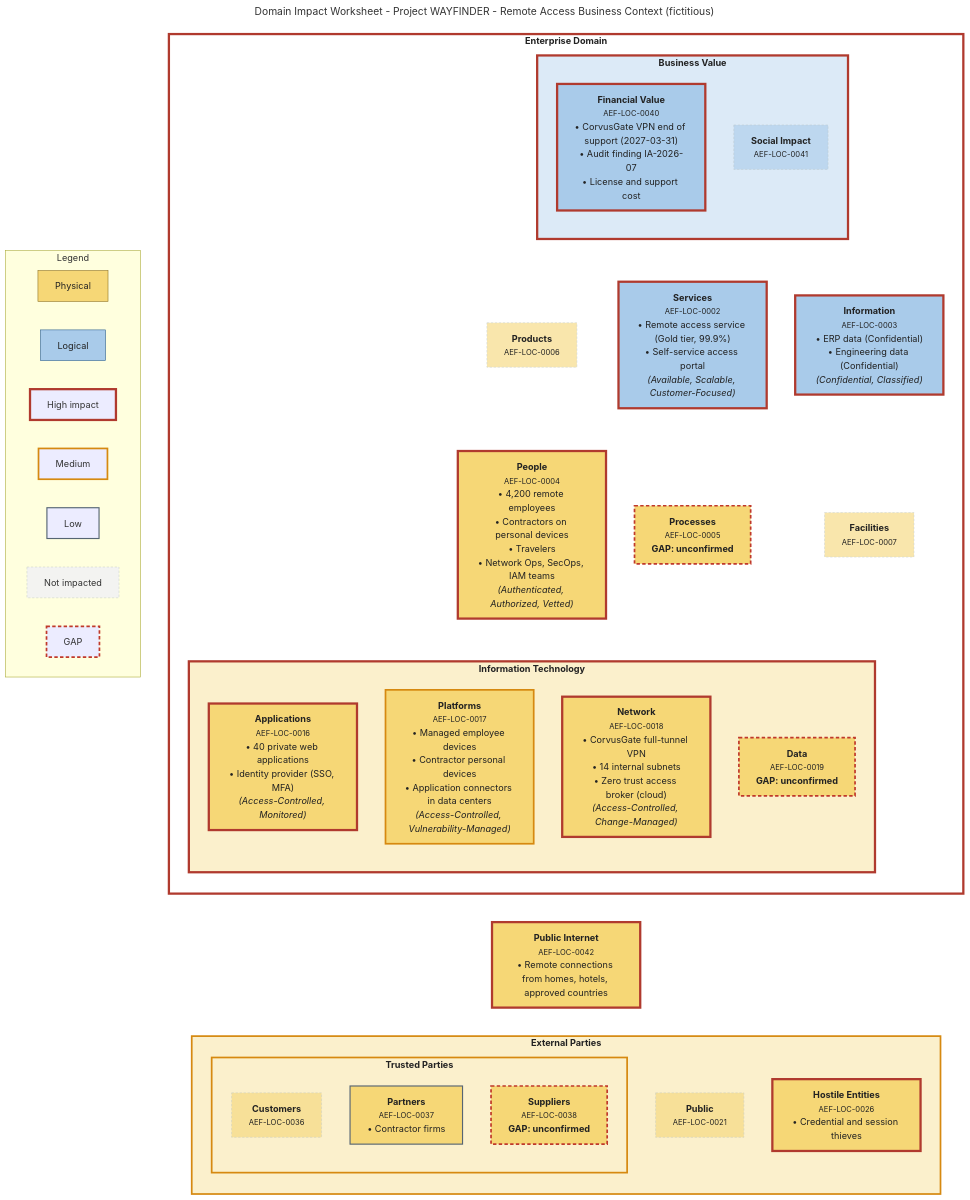
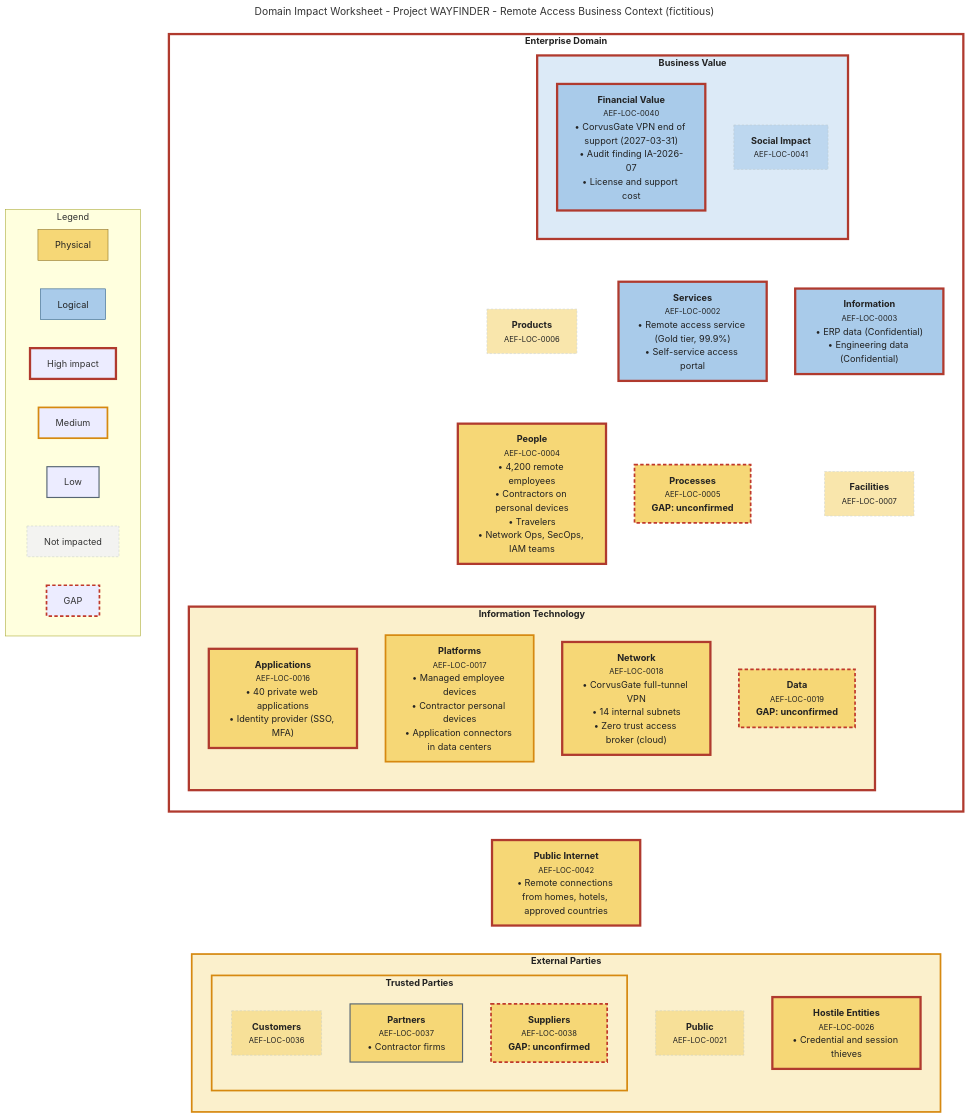
One commit to robertrostsource/archascode changed the diagram in bca/engagements/novacorp/wayfinder/domain_impact.mmd. Above: the diagram before and after it, drawn with Mermaid. The commit also changed 12 other files, not shown here.

```diff
--- a/bca/engagements/novacorp/wayfinder/domain_impact.mmd
+++ b/bca/engagements/novacorp/wayfinder/domain_impact.mmd
@@ -1,90 +1,90 @@
 ---
 title: Domain Impact Worksheet - Project WAYFINDER - Remote Access Business Context (fictitious)
 ---
 %% Generated by scripts/render_domain_impact.py. Do not edit.
 %% Domain model (c) Archistry / Andrew S. Townley, used with attribution. Based on SABSA(R).
 flowchart TB
   classDef physical fill:#F6D776,stroke:#8A6D1F,color:#222
   classDef logical fill:#A9CBEA,stroke:#2F5F8A,color:#222
   classDef boundary fill:#FFFFFF,stroke:#555,color:#222
   subgraph D0001["<b>Enterprise Domain</b>"]
     direction TB
     subgraph D0039["<b>Business Value</b>"]
       direction TB
       D0040["<b>Financial Value</b><br/><small>AEF-LOC-0040</small><br/>• CorvusGate VPN end of support (2027-03-31)<br/>• Audit finding IA-2026-07<br/>• License and support cost"]:::logical
       D0041["<b>Social Impact</b><br/><small>AEF-LOC-0041</small>"]:::logical
     end
     D0006["<b>Products</b><br/><small>AEF-LOC-0006</small>"]:::physical
-    D0002["<b>Services</b><br/><small>AEF-LOC-0002</small><br/>• Remote access service (Gold tier, 99.9%)<br/>• Self-service access portal<br/><i>(Available, Scalable, Customer-Focused)</i>"]:::logical
-    D0003["<b>Information</b><br/><small>AEF-LOC-0003</small><br/>• ERP data (Confidential)<br/>• Engineering data (Confidential)<br/><i>(Confidential, Classified)</i>"]:::logical
-    D0004["<b>People</b><br/><small>AEF-LOC-0004</small><br/>• 4,200 remote employees<br/>• Contractors on personal devices<br/>• Travelers<br/>• Network Ops, SecOps, IAM teams<br/><i>(Authenticated, Authorized, Vetted)</i>"]:::physical
+    D0002["<b>Services</b><br/><small>AEF-LOC-0002</small><br/>• Remote access service (Gold tier, 99.9%)<br/>• Self-service access portal"]:::logical
+    D0003["<b>Information</b><br/><small>AEF-LOC-0003</small><br/>• ERP data (Confidential)<br/>• Engineering data (Confidential)"]:::logical
+    D0004["<b>People</b><br/><small>AEF-LOC-0004</small><br/>• 4,200 remote employees<br/>• Contractors on personal devices<br/>• Travelers<br/>• Network Ops, SecOps, IAM teams"]:::physical
     D0005["<b>Processes</b><br/><small>AEF-LOC-0005</small><br/><b>GAP: unconfirmed</b>"]:::physical
     D0007["<b>Facilities</b><br/><small>AEF-LOC-0007</small>"]:::physical
     subgraph D0015["<b>Information Technology</b>"]
       direction TB
-      D0016["<b>Applications</b><br/><small>AEF-LOC-0016</small><br/>• 40 private web applications<br/>• Identity provider (SSO, MFA)<br/><i>(Access-Controlled, Monitored)</i>"]:::physical
-      D0017["<b>Platforms</b><br/><small>AEF-LOC-0017</small><br/>• Managed employee devices<br/>• Contractor personal devices<br/>• Application connectors in data centers<br/><i>(Access-Controlled, Vulnerability-Managed)</i>"]:::physical
-      D0018["<b>Network</b><br/><small>AEF-LOC-0018</small><br/>• CorvusGate full-tunnel VPN<br/>• 14 internal subnets<br/>• Zero trust access broker (cloud)<br/><i>(Access-Controlled, Change-Managed)</i>"]:::physical
+      D0016["<b>Applications</b><br/><small>AEF-LOC-0016</small><br/>• 40 private web applications<br/>• Identity provider (SSO, MFA)"]:::physical
+      D0017["<b>Platforms</b><br/><small>AEF-LOC-0017</small><br/>• Managed employee devices<br/>• Contractor personal devices<br/>• Application connectors in data centers"]:::physical
+      D0018["<b>Network</b><br/><small>AEF-LOC-0018</small><br/>• CorvusGate full-tunnel VPN<br/>• 14 internal subnets<br/>• Zero trust access broker (cloud)"]:::physical
       D0019["<b>Data</b><br/><small>AEF-LOC-0019</small><br/><b>GAP: unconfirmed</b>"]:::physical
     end
   end
   D0042["<b>Public Internet</b><br/><small>AEF-LOC-0042</small><br/>• Remote connections from homes, hotels, approved countries"]:::physical
   subgraph D0020["<b>External Parties</b>"]
     direction TB
     D0021["<b>Public</b><br/><small>AEF-LOC-0021</small>"]:::physical
     subgraph D0031["<b>Trusted Parties</b>"]
       direction TB
       D0036["<b>Customers</b><br/><small>AEF-LOC-0036</small>"]:::physical
       D0037["<b>Partners</b><br/><small>AEF-LOC-0037</small><br/>• Contractor firms"]:::physical
       D0038["<b>Suppliers</b><br/><small>AEF-LOC-0038</small><br/><b>GAP: unconfirmed</b>"]:::physical
     end
     D0026["<b>Hostile Entities</b><br/><small>AEF-LOC-0026</small><br/>• Credential and session thieves"]:::physical
   end
   D0039 ~~~ D0006
   D0039 ~~~ D0002
   D0039 ~~~ D0003
   D0006 ~~~ D0004
   D0002 ~~~ D0005
   D0003 ~~~ D0007
   D0004 ~~~ D0015
   D0001 ~~~ D0042
   D0042 ~~~ D0020
 
   subgraph LEGEND["Legend"]
     direction LR
     L1["Physical"]:::physical
     L2["Logical"]:::logical
     L3["High impact"]
     L4["Medium"]
     L5["Low"]
     L6["Not impacted"]
     L7["GAP"]
   end
   style D0040 stroke:#B03A2E,stroke-width:4px
   style D0041 stroke:#AAB7B8,stroke-width:1px,stroke-dasharray:4 3,opacity:0.6
   style D0039 fill:#DCEAF7,color:#222,stroke:#B03A2E,stroke-width:4px
   style D0006 stroke:#AAB7B8,stroke-width:1px,stroke-dasharray:4 3,opacity:0.6
   style D0002 stroke:#B03A2E,stroke-width:4px
   style D0003 stroke:#B03A2E,stroke-width:4px
   style D0004 stroke:#B03A2E,stroke-width:4px
   style D0005 stroke:#C0392B,stroke-width:3px,stroke-dasharray:6 4
   style D0007 stroke:#AAB7B8,stroke-width:1px,stroke-dasharray:4 3,opacity:0.6
   style D0016 stroke:#B03A2E,stroke-width:4px
   style D0017 stroke:#D68910,stroke-width:3px
   style D0018 stroke:#B03A2E,stroke-width:4px
   style D0019 stroke:#C0392B,stroke-width:3px,stroke-dasharray:6 4
   style D0015 fill:#FBF0CC,color:#222,stroke:#B03A2E,stroke-width:4px
   style D0001 fill:#FFFFFF,color:#222,stroke:#B03A2E,stroke-width:4px
   style D0042 stroke:#B03A2E,stroke-width:4px
   style D0021 stroke:#AAB7B8,stroke-width:1px,stroke-dasharray:4 3,opacity:0.6
   style D0036 stroke:#AAB7B8,stroke-width:1px,stroke-dasharray:4 3,opacity:0.6
   style D0037 stroke:#566573,stroke-width:2px
   style D0038 stroke:#C0392B,stroke-width:3px,stroke-dasharray:6 4
   style D0031 fill:#FBF0CC,color:#222,stroke:#D68910,stroke-width:3px
   style D0026 stroke:#B03A2E,stroke-width:4px
   style D0020 fill:#FBF0CC,color:#222,stroke:#D68910,stroke-width:3px
   style L3 stroke:#B03A2E,stroke-width:4px
   style L4 stroke:#D68910,stroke-width:3px
   style L5 stroke:#566573,stroke-width:2px
   style L6 stroke:#AAB7B8,stroke-width:1px,stroke-dasharray:4 3,opacity:0.6
   style L7 stroke:#C0392B,stroke-width:3px,stroke-dasharray:6 4
```
